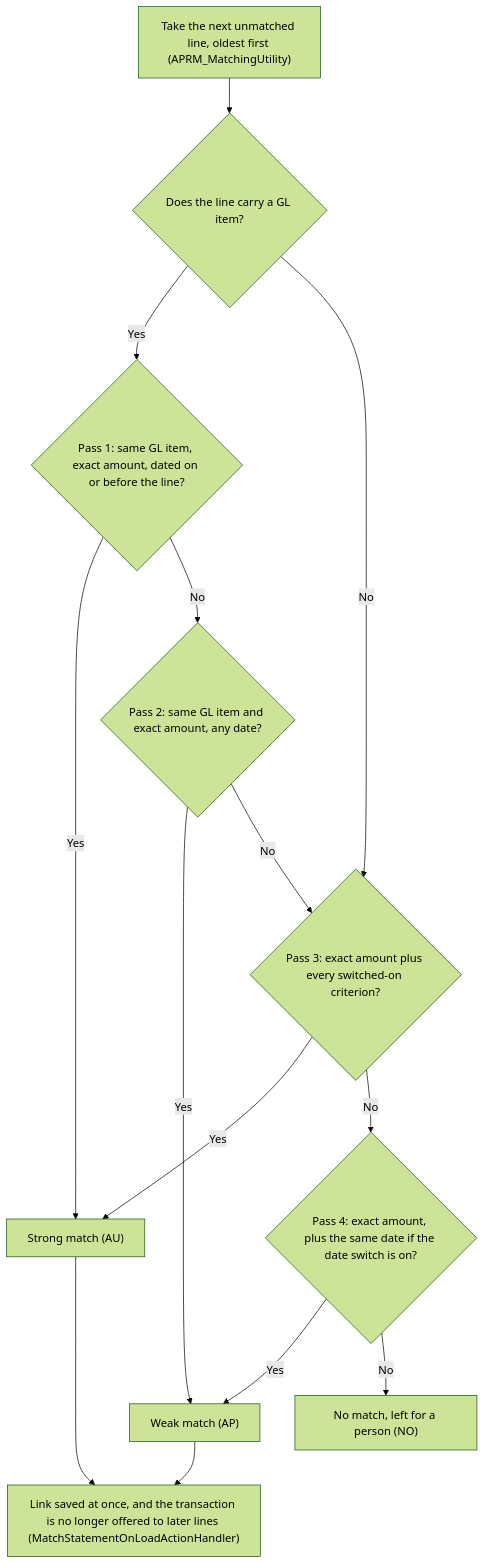
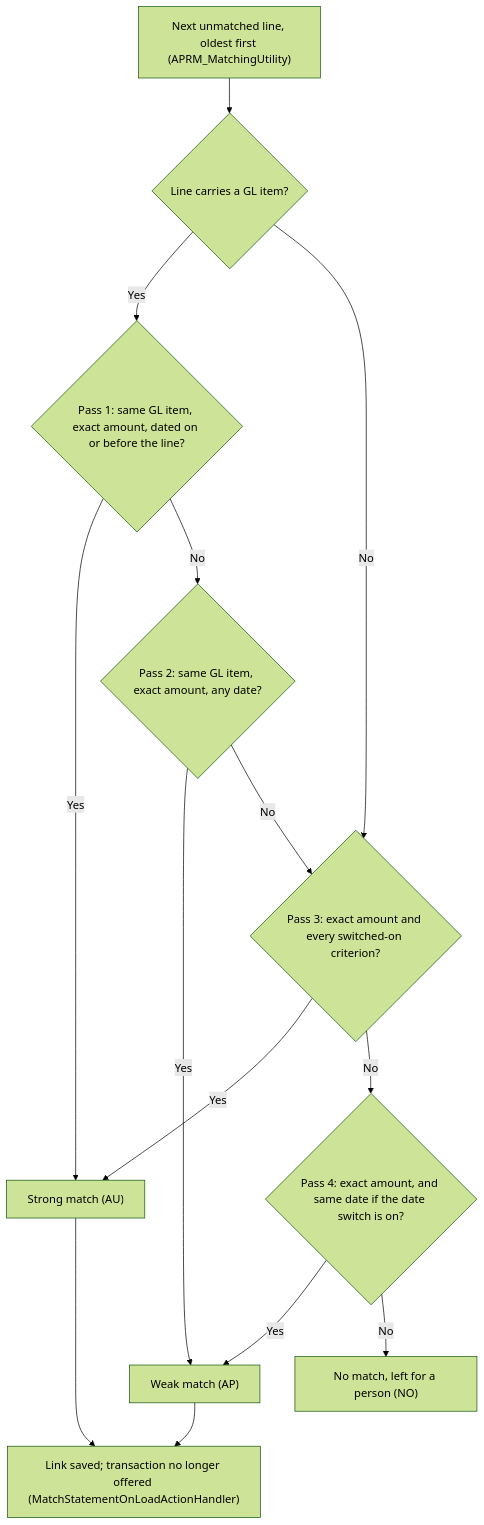
Before and after one commit to blitzy-public-samples/openbravo-erp: the eighth of 9 diagrams in docs/analysis/analysis-1-current-state-reconciliation.md, drawn with Mermaid (forest theme). The commit also changed other lines of this file and 1 other file, not shown here.

````diff
--- a/docs/analysis/analysis-1-current-state-reconciliation.md
+++ b/docs/analysis/analysis-1-current-state-reconciliation.md
@@ -394,16 +386,16 @@
 ```mermaid
 flowchart TD
-    L["Take the next unmatched line, oldest first (APRM_MatchingUtility)"] --> G{"Does the line carry a GL item?"}
+    L["Next unmatched line, oldest first (APRM_MatchingUtility)"] --> G{"Line carries a GL item?"}
     G -- Yes --> P1{"Pass 1: same GL item, exact amount, dated on or before the line?"}
-    G -- No --> P3{"Pass 3: exact amount plus every switched-on criterion?"}
+    G -- No --> P3{"Pass 3: exact amount and every switched-on criterion?"}
     P1 -- Yes --> S["Strong match (AU)"]
-    P1 -- No --> P2{"Pass 2: same GL item and exact amount, any date?"}
+    P1 -- No --> P2{"Pass 2: same GL item, exact amount, any date?"}
     P2 -- Yes --> W["Weak match (AP)"]
     P2 -- No --> P3
     P3 -- Yes --> S
-    P3 -- No --> P4{"Pass 4: exact amount, plus the same date if the date switch is on?"}
+    P3 -- No --> P4{"Pass 4: exact amount, and same date if the date switch is on?"}
     P4 -- Yes --> W
     P4 -- No --> N["No match, left for a person (NO)"]
-    S --> K["Link saved at once, and the transaction is no longer offered to later lines (MatchStatementOnLoadActionHandler)"]
+    S --> K["Link saved; transaction no longer offered (MatchStatementOnLoadActionHandler)"]
     W --> K
 ```
````
